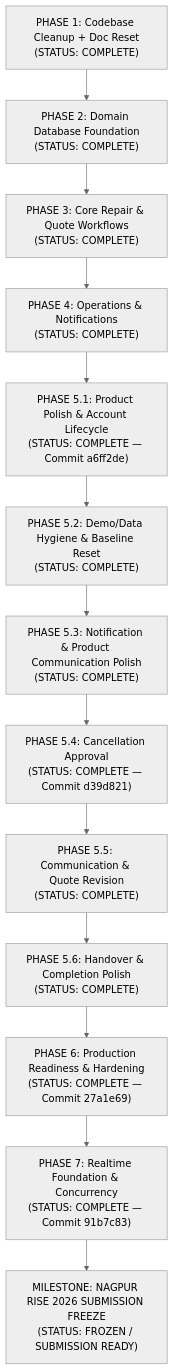
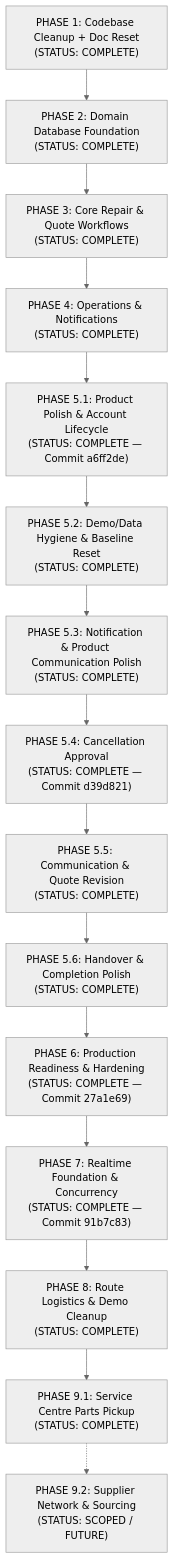
One commit to ankitchamke/TerraByte changed the diagram in IMPLEMENTATION_PLAN.md. Above: the diagram before and after it, drawn with Mermaid (neutral theme). The commit also changed other lines of this file and 16 other files, not shown here.

Commit message:
feat(phase-9.1): add service centre parts pickup

````diff
--- a/IMPLEMENTATION_PLAN.md
+++ b/IMPLEMENTATION_PLAN.md
@@ -15,15 +15,17 @@
 ```mermaid
 flowchart TD
     P1["PHASE 1: Codebase Cleanup + Doc Reset<br/>(STATUS: COMPLETE)"] --> P2["PHASE 2: Domain Database Foundation<br/>(STATUS: COMPLETE)"]
     P2 --> P3["PHASE 3: Core Repair & Quote Workflows<br/>(STATUS: COMPLETE)"]
     P3 --> P4["PHASE 4: Operations & Notifications<br/>(STATUS: COMPLETE)"]
     P4 --> P51["PHASE 5.1: Product Polish & Account Lifecycle<br/>(STATUS: COMPLETE — Commit a6ff2de)"]
     P51 --> P52["PHASE 5.2: Demo/Data Hygiene & Baseline Reset<br/>(STATUS: COMPLETE)"]
     P52 --> P53["PHASE 5.3: Notification & Product Communication Polish<br/>(STATUS: COMPLETE)"]
     P53 --> P54["PHASE 5.4: Cancellation Approval<br/>(STATUS: COMPLETE — Commit d39d821)"]
     P54 --> P55["PHASE 5.5: Communication & Quote Revision<br/>(STATUS: COMPLETE)"]
     P55 --> P56["PHASE 5.6: Handover & Completion Polish<br/>(STATUS: COMPLETE)"]
     P56 --> P6["PHASE 6: Production Readiness & Hardening<br/>(STATUS: COMPLETE — Commit 27a1e69)"]
     P6 --> P7["PHASE 7: Realtime Foundation & Concurrency<br/>(STATUS: COMPLETE — Commit 91b7c83)"]
-    P7 --> FREEZE["MILESTONE: NAGPUR RISE 2026 SUBMISSION FREEZE<br/>(STATUS: FROZEN / SUBMISSION READY)"]
+    P7 --> P8["PHASE 8: Route Logistics & Demo Cleanup<br/>(STATUS: COMPLETE)"]
+    P8 --> P91["PHASE 9.1: Service Centre Parts Pickup<br/>(STATUS: COMPLETE)"]
+    P91 -.-> P92["PHASE 9.2: Supplier Network & Sourcing<br/>(STATUS: SCOPED / FUTURE)"]
 ```
````
